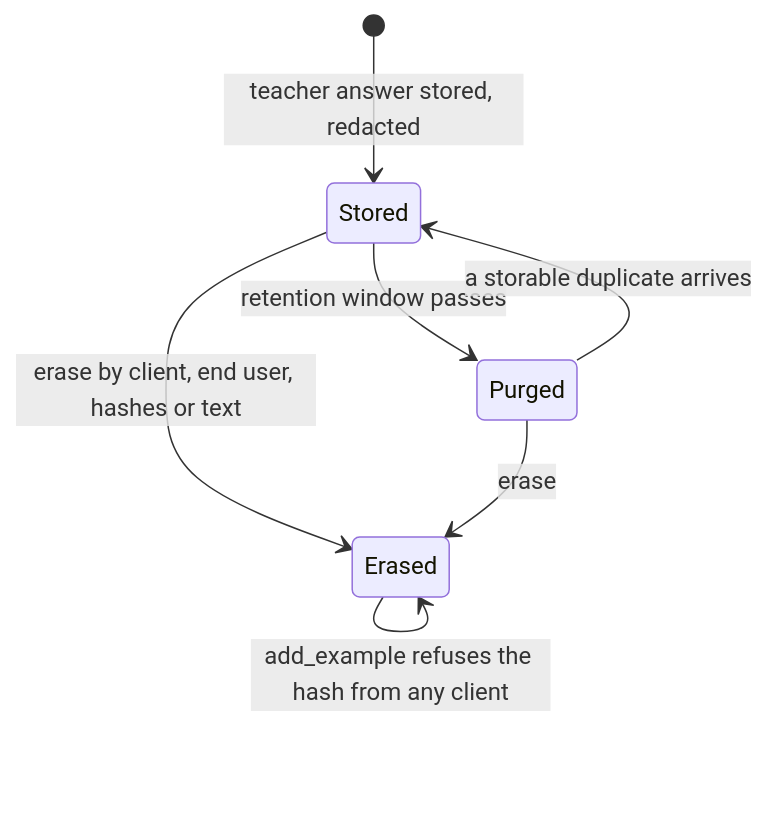
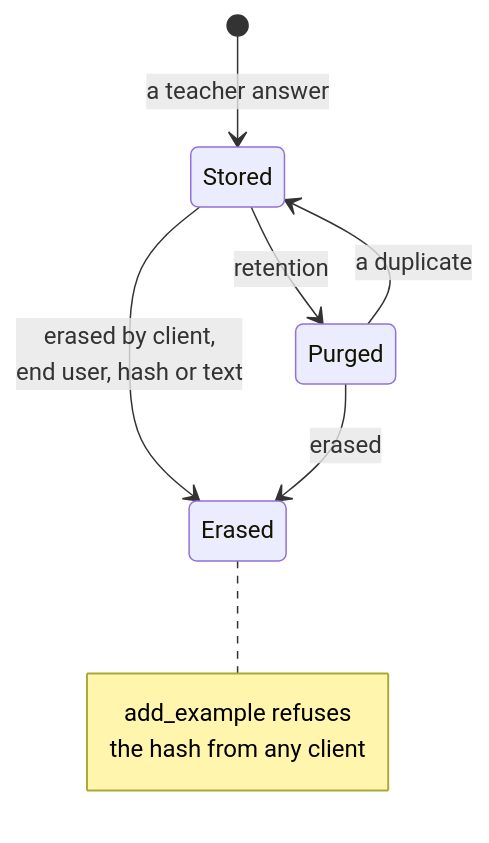
The fifth of 5 diagrams in docs-site/src/content/docs/guides/ledger.mdx (harshbhx/ratchet), drawn with Mermaid before and after one commit. The commit also changed other lines of this file and 25 other files, not shown here.

````diff
--- a/docs-site/src/content/docs/guides/ledger.mdx
+++ b/docs-site/src/content/docs/guides/ledger.mdx
@@ -242,9 +289,16 @@
 ```mermaid
 stateDiagram-v2
-    [*] --> Stored: teacher answer stored, redacted
-    Stored --> Purged: retention window passes
-    Purged --> Stored: a storable duplicate arrives
-    Stored --> Erased: erase by client, end user, hashes or text
-    Purged --> Erased: erase
-    Erased --> Erased: add_example refuses the hash from any client
+  [*] --> Stored: a teacher answer
+  Stored --> Purged: retention
+  Purged --> Stored: a duplicate
+  Stored --> Erased: erased by client,<br/>end user, hash or text
+  Purged --> Erased: erased
+  note right of Erased
+    add_example refuses
+    the hash from any client
+  end note
+
+  class Stored ok
+  class Purged pending
+  class Erased danger
 ```
````
